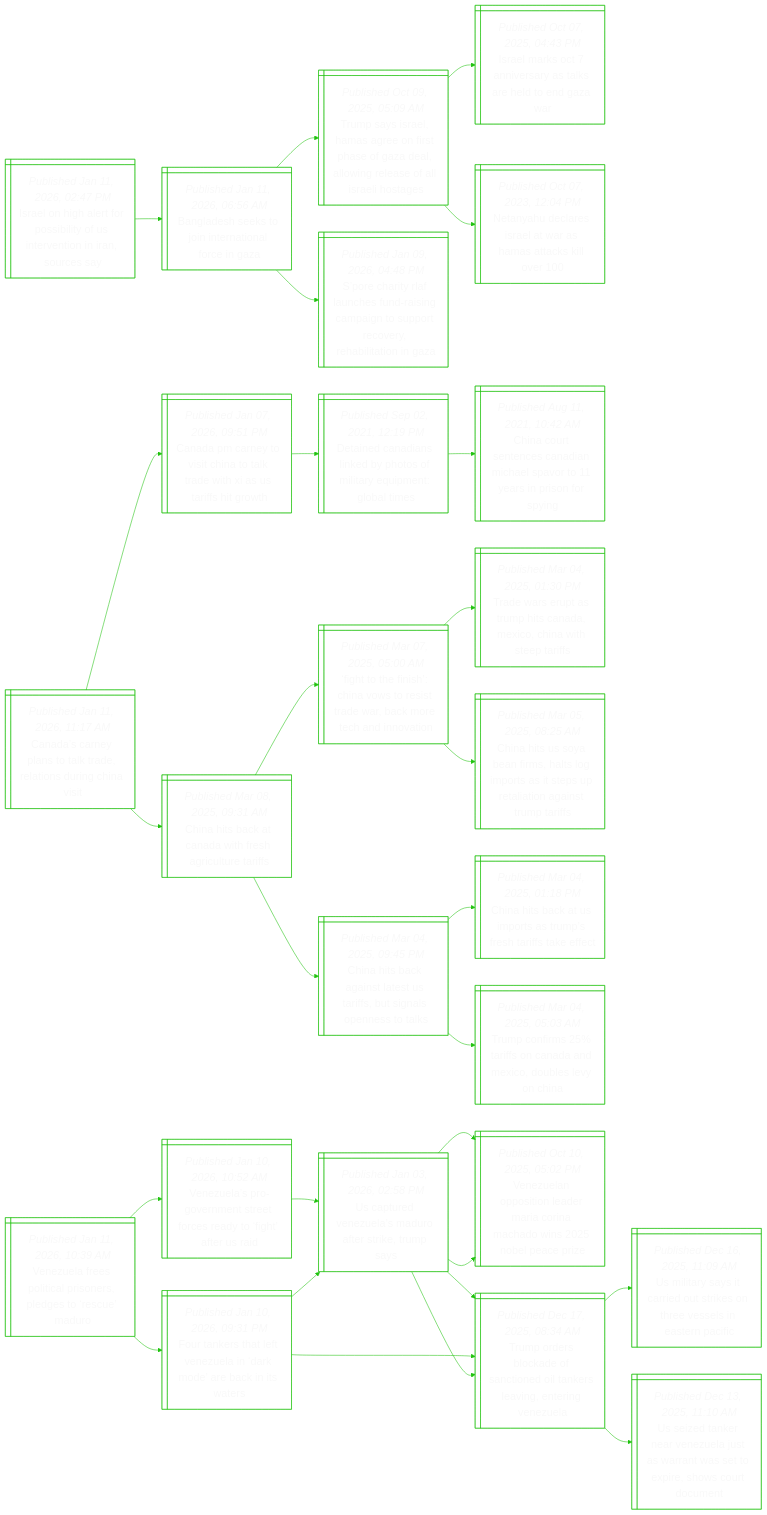
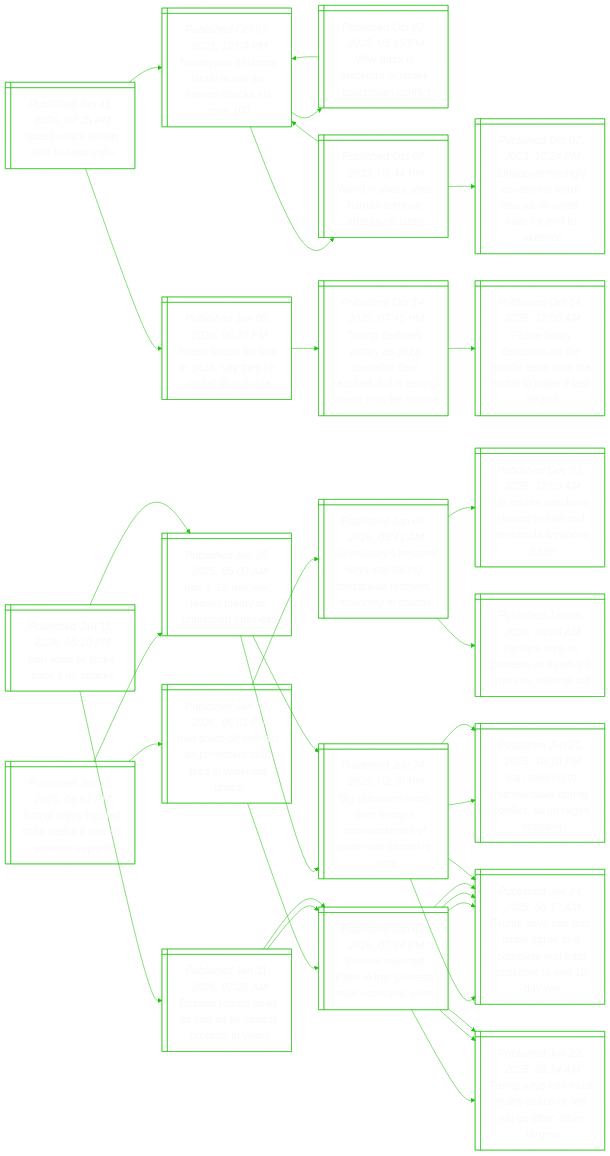
One commit to notJmes/notJmes changed the diagram in README.md. Above: the diagram before and after it, drawn with Mermaid. The commit also changed other lines of this file, not shown here.

````diff
--- a/README.md
+++ b/README.md
@@ -16,94 +16,109 @@
 flowchart LR
 classDef txtsize font-size:20px;
 
-Ilgrpbyivorus@{ shape: win-pane, label: "_Published Jan 11, 2026, 02:47 PM_
-Israel on high alert for possibility of us intervention in iran, sources say" }
-Bastnroon@{ shape: win-pane, label: "_Published Jan 11, 2026, 06:56 AM_
-Bangladesh seeks to join international force in gaza" }
-TssHaossaaorslaoe@{ shape: win-pane, label: "_Published Oct 09, 2025, 05:09 AM_
-Trump says israel, hamas agree on first phase of gaza deal, allowing release of all israeli hostages" }
-Ilsnrakhoar@{ shape: win-pane, label: "_Published Oct 07, 2025, 04:43 PM_
-Israel marks oct 7 anniversary as talks are held to end gaza war" }
+IlitiNy@{ shape: win-pane, label: "_Published Jan 11, 2026, 07:25 PM_
+Israeli police detain aide to netanyahu" }
 NyeeawHakl@{ shape: win-pane, label: "_Published Oct 07, 2023, 12:04 PM_
 Netanyahu declares israel at war as hamas attacks kill over 100" }
-SctFcuicisroritn@{ shape: win-pane, label: "_Published Jan 09, 2026, 04:48 PM_
-S’pore charity rlaf launches fund-raising campaign to support recovery, rehabilitation in gaza" }
+WzptIleint@{ shape: win-pane, label: "_Published Oct 07, 2023, 05:15 PM_
+Why gaza is epicentre of israeli-palestinian conflict" }
+NyeeawHakl@{ shape: win-pane, label: "_Published Oct 07, 2023, 12:04 PM_
+Netanyahu declares israel at war as hamas attacks kill over 100" }
+Wiceapaks@{ shape: win-pane, label: "_Published Oct 07, 2023, 06:44 PM_
+World in shock after hamas surprise attacks on israel" }
+NyeeawHakl@{ shape: win-pane, label: "_Published Oct 07, 2023, 12:04 PM_
+Netanyahu declares israel at war as hamas attacks kill over 100" }
+SptldtrcIlsnic@{ shape: win-pane, label: "_Published Oct 07, 2023, 10:24 PM_
+Singapore strongly condemns terror attacks on israel, calls for end to violence" }
+Ilclrztikui@{ shape: win-pane, label: "_Published Jan 08, 2026, 06:27 PM_
+Israeli forces kill four in gaza, say they hit rocket launch site" }
+Tdrcaaededlncbs@{ shape: win-pane, label: "_Published Oct 14, 2025, 07:45 PM_
+Trump declares victory as gaza ceasefire deal reached, but a lasting peace may be elusive" }
+PflcoMeNelale@{ shape: win-pane, label: "_Published Oct 14, 2025, 12:05 AM_
+Peace finally descends on the middle east: now the battle to make it last begins" }
 
-Ilgrpbyivorus:::txtsize --> Bastnroon:::txtsize
-Bastnroon:::txtsize --> TssHaossaaorslaoe:::txtsize
-TssHaossaaorslaoe:::txtsize --> Ilsnrakhoar:::txtsize
-TssHaossaaorslaoe:::txtsize --> NyeeawHakl:::txtsize
-Bastnroon:::txtsize --> SctFcuicisroritn:::txtsize
+IlitiNy:::txtsize --> NyeeawHakl:::txtsize
+NyeeawHakl:::txtsize --> WzptIleint:::txtsize
+WzptIleint:::txtsize --> NyeeawHakl:::txtsize
+NyeeawHakl:::txtsize --> Wiceapaks:::txtsize
+Wiceapaks:::txtsize --> NyeeawHakl:::txtsize
+Wiceapaks:::txtsize --> SptldtrcIlsnic:::txtsize
+IlitiNy:::txtsize --> Ilclrztikui:::txtsize
+Ilclrztikui:::txtsize --> Tdrcaaededlncbs:::txtsize
+Tdrcaaededlncbs:::txtsize --> PflcoMeNelale:::txtsize
 
-Canatreorhi@{ shape: win-pane, label: "_Published Jan 11, 2026, 11:17 AM_
-Canada’s carney plans to talk trade, relations during china visit" }
-CarotaldhUiiw@{ shape: win-pane, label: "_Published Jan 07, 2026, 09:51 PM_
-Canada pm carney to visit china to talk trade with xi as us tariffs hit growth" }
-DnnnkpslypGls@{ shape: win-pane, label: "_Published Sep 02, 2021, 12:19 PM_
-Detained canadians linked by photos of military equipment: global times" }
-Ccsnaahptrrfy@{ shape: win-pane, label: "_Published Aug 11, 2021, 10:42 AM_
-China court sentences canadian michael spavor to 11 years in prison for spying" }
-ChaCafauef@{ shape: win-pane, label: "_Published Mar 08, 2025, 09:31 AM_
-China hits back at canada with fresh agriculture tariffs" }
-Ftfhatiarmedvn@{ shape: win-pane, label: "_Published Mar 07, 2025, 05:00 AM_
-‘fight to the finish’: china vows to resist trade war, back more tech and innovation" }
-TwrspCacnhpf@{ shape: win-pane, label: "_Published Mar 04, 2025, 01:30 PM_
-Trade wars erupt as trump hits canada, mexico, china with steep tariffs" }
-ChSbiaooserinnur@{ shape: win-pane, label: "_Published Mar 05, 2025, 08:25 AM_
-China hits us soya bean firms, halts log imports as it steps up retaliation against trump tariffs" }
-Chaaltrbgoet@{ shape: win-pane, label: "_Published Mar 04, 2025, 09:45 PM_
-China hits back against latest us tariffs, but signals openness to talks" }
-ChaUospsiaf@{ shape: win-pane, label: "_Published Mar 04, 2025, 01:18 PM_
-China hits back at us imports as trump’s fresh tariffs take effect" }
-TcrroadcbeC@{ shape: win-pane, label: "_Published Mar 04, 2025, 05:03 AM_
-Trump confirms 25% tariffs on canada and mexico, doubles levy on china" }
+SItehseosn@{ shape: win-pane, label: "_Published Jan 11, 2026, 06:57 PM_
+Son of iran’s toppled shah seeks a role as protests expand" }
+IDrenuibe@{ shape: win-pane, label: "_Published Jun 25, 2025, 05:00 AM_
+Iran’s ‘12-day war’ leaves plenty of unfinished business" }
+BenmTsueIlcfe@{ shape: win-pane, label: "_Published Jun 24, 2025, 02:30 PM_
+Big questions loom over trump’s announcement of israel-iran ceasefire deal" }
+Tsrdeecedletdr@{ shape: win-pane, label: "_Published Jun 24, 2025, 06:17 AM_
+Trump says iran and israel agree to a ‘complete and total’ ceasefire to end 12-day war" }
+IatlauciUett@{ shape: win-pane, label: "_Published Jun 20, 2025, 10:10 PM_
+Iran says no to nuclear talks during conflict, as un urges restraint" }
+Ihfeatrreine@{ shape: win-pane, label: "_Published Jan 09, 2026, 06:01 PM_
+Iran shuts off internet as protesters start fires in widening unrest" }
+Saokdatocis@{ shape: win-pane, label: "_Published Jan 01, 2026, 07:34 PM_
+Several reported killed in iran protests over economic woes" }
+Tsrseeworre@{ shape: win-pane, label: "_Published Jun 22, 2025, 08:14 AM_
+Trump says iran must make peace or ‘we will go after’ other targets" }
+Tsrdeecedletdr@{ shape: win-pane, label: "_Published Jun 24, 2025, 06:17 AM_
+Trump says iran and israel agree to a ‘complete and total’ ceasefire to end 12-day war" }
+Uaseynncueoiu@{ shape: win-pane, label: "_Published Jan 09, 2026, 05:41 AM_
+Us treasury’s bessent says iran facing precarious moment, economy in trouble" }
+Uunnaoanlpr@{ shape: win-pane, label: "_Published Dec 31, 2025, 12:09 AM_
+Us issues sanctions related to iran and venezuela weapons trade" }
+Iaerteoune@{ shape: win-pane, label: "_Published Jan 09, 2026, 06:26 AM_
+Iranians step up protests as death toll mounts, internet cut" }
 
-Canatreorhi:::txtsize --> CarotaldhUiiw:::txtsize
-CarotaldhUiiw:::txtsize --> DnnnkpslypGls:::txtsize
-DnnnkpslypGls:::txtsize --> Ccsnaahptrrfy:::txtsize
-Canatreorhi:::txtsize --> ChaCafauef:::txtsize
-ChaCafauef:::txtsize --> Ftfhatiarmedvn:::txtsize
-Ftfhatiarmedvn:::txtsize --> TwrspCacnhpf:::txtsize
-Ftfhatiarmedvn:::txtsize --> ChSbiaooserinnur:::txtsize
-ChaCafauef:::txtsize --> Chaaltrbgoet:::txtsize
-Chaaltrbgoet:::txtsize --> ChaUospsiaf:::txtsize
-Chaaltrbgoet:::txtsize --> TcrroadcbeC:::txtsize
+SItehseosn:::txtsize --> IDrenuibe:::txtsize
+IDrenuibe:::txtsize --> BenmTsueIlcfe:::txtsize
+BenmTsueIlcfe:::txtsize --> Tsrdeecedletdr:::txtsize
+BenmTsueIlcfe:::txtsize --> IatlauciUett:::txtsize
+SItehseosn:::txtsize --> Ihfeatrreine:::txtsize
+Ihfeatrreine:::txtsize --> Saokdatocis:::txtsize
+Saokdatocis:::txtsize --> Tsrseeworre:::txtsize
+Saokdatocis:::txtsize --> Tsrdeecedletdr:::txtsize
+Ihfeatrreine:::txtsize --> Uaseynncueoiu:::txtsize
+Uaseynncueoiu:::txtsize --> Uunnaoanlpr:::txtsize
+Uaseynncueoiu:::txtsize --> Iaerteoune:::txtsize
 
-Vurocirdouu@{ shape: win-pane, label: "_Published Jan 11, 2026, 10:39 AM_
-Venezuela frees political prisoners, pledges to ‘rescue’ maduro" }
-Vupverorthea@{ shape: win-pane, label: "_Published Jan 10, 2026, 10:52 AM_
-Venezuela’s pro-government street forces ready to ‘fight’ after us raid" }
-UtVuMorkms@{ shape: win-pane, label: "_Published Jan 03, 2026, 02:58 PM_
-Us captured venezuela’s maduro after strike, trump says" }
-Vuoilranhibai@{ shape: win-pane, label: "_Published Oct 10, 2025, 05:02 PM_
-Venezuelan opposition leader maria corina machado wins 2025 nobel peace prize" }
-Toskftdasitgz@{ shape: win-pane, label: "_Published Dec 17, 2025, 08:34 AM_
-Trump orders blockade of sanctioned oil tankers leaving, entering venezuela" }
-Fasleedoeiws@{ shape: win-pane, label: "_Published Jan 10, 2026, 09:31 PM_
-Four tankers that left venezuela in ‘dark mode’ are back in its waters" }
-Toskftdasitgz@{ shape: win-pane, label: "_Published Dec 17, 2025, 08:34 AM_
-Trump orders blockade of sanctioned oil tankers leaving, entering venezuela" }
-Uistitktvlanf@{ shape: win-pane, label: "_Published Dec 16, 2025, 11:09 AM_
-Us military says it carried out strikes on three vessels in eastern pacific" }
-Uznenltrwtphoon@{ shape: win-pane, label: "_Published Dec 13, 2025, 11:10 AM_
-Us seized tanker near venezuela just as warrant was set to expire, shows court document" }
-UtVuMorkms@{ shape: win-pane, label: "_Published Jan 03, 2026, 02:58 PM_
-Us captured venezuela’s maduro after strike, trump says" }
-Vuoilranhibai@{ shape: win-pane, label: "_Published Oct 10, 2025, 05:02 PM_
-Venezuelan opposition leader maria corina machado wins 2025 nobel peace prize" }
-Toskftdasitgz@{ shape: win-pane, label: "_Published Dec 17, 2025, 08:34 AM_
-Trump orders blockade of sanctioned oil tankers leaving, entering venezuela" }
+Ioseits@{ shape: win-pane, label: "_Published Jan 11, 2026, 05:10 PM_
+Iran vows to strike back if us attacks" }
+Dsedabgrte@{ shape: win-pane, label: "_Published Jan 11, 2026, 07:26 AM_
+Dozens feared dead as iran hit by largest protests in years" }
+Saokdatocis@{ shape: win-pane, label: "_Published Jan 01, 2026, 07:34 PM_
+Several reported killed in iran protests over economic woes" }
+Tsrseeworre@{ shape: win-pane, label: "_Published Jun 22, 2025, 08:14 AM_
+Trump says iran must make peace or ‘we will go after’ other targets" }
+Tsrdeecedletdr@{ shape: win-pane, label: "_Published Jun 24, 2025, 06:17 AM_
+Trump says iran and israel agree to a ‘complete and total’ ceasefire to end 12-day war" }
+Saokdatocis@{ shape: win-pane, label: "_Published Jan 01, 2026, 07:34 PM_
+Several reported killed in iran protests over economic woes" }
+Tsrseeworre@{ shape: win-pane, label: "_Published Jun 22, 2025, 08:14 AM_
+Trump says iran must make peace or ‘we will go after’ other targets" }
+Tsrdeecedletdr@{ shape: win-pane, label: "_Published Jun 24, 2025, 06:17 AM_
+Trump says iran and israel agree to a ‘complete and total’ ceasefire to end 12-day war" }
+IDrenuibe@{ shape: win-pane, label: "_Published Jun 25, 2025, 05:00 AM_
+Iran’s ‘12-day war’ leaves plenty of unfinished business" }
+BenmTsueIlcfe@{ shape: win-pane, label: "_Published Jun 24, 2025, 02:30 PM_
+Big questions loom over trump’s announcement of israel-iran ceasefire deal" }
+Tsrdeecedletdr@{ shape: win-pane, label: "_Published Jun 24, 2025, 06:17 AM_
+Trump says iran and israel agree to a ‘complete and total’ ceasefire to end 12-day war" }
+IatlauciUett@{ shape: win-pane, label: "_Published Jun 20, 2025, 10:10 PM_
+Iran says no to nuclear talks during conflict, as un urges restraint" }
 
-Vurocirdouu:::txtsize --> Vupverorthea:::txtsize
-Vupverorthea:::txtsize --> UtVuMorkms:::txtsize
-UtVuMorkms:::txtsize --> Vuoilranhibai:::txtsize
-UtVuMorkms:::txtsize --> Toskftdasitgz:::txtsize
-Vurocirdouu:::txtsize --> Fasleedoeiws:::txtsize
-Fasleedoeiws:::txtsize --> Toskftdasitgz:::txtsize
-Toskftdasitgz:::txtsize --> Uistitktvlanf:::txtsize
-Toskftdasitgz:::txtsize --> Uznenltrwtphoon:::txtsize
-Fasleedoeiws:::txtsize --> UtVuMorkms:::txtsize
-UtVuMorkms:::txtsize --> Vuoilranhibai:::txtsize
-UtVuMorkms:::txtsize --> Toskftdasitgz:::txtsize
+Ioseits:::txtsize --> Dsedabgrte:::txtsize
+Dsedabgrte:::txtsize --> Saokdatocis:::txtsize
+Saokdatocis:::txtsize --> Tsrseeworre:::txtsize
+Saokdatocis:::txtsize --> Tsrdeecedletdr:::txtsize
+Dsedabgrte:::txtsize --> Saokdatocis:::txtsize
+Saokdatocis:::txtsize --> Tsrseeworre:::txtsize
+Saokdatocis:::txtsize --> Tsrdeecedletdr:::txtsize
+Ioseits:::txtsize --> IDrenuibe:::txtsize
+IDrenuibe:::txtsize --> BenmTsueIlcfe:::txtsize
+BenmTsueIlcfe:::txtsize --> Tsrdeecedletdr:::txtsize
+BenmTsueIlcfe:::txtsize --> IatlauciUett:::txtsize
 
 ```
````
